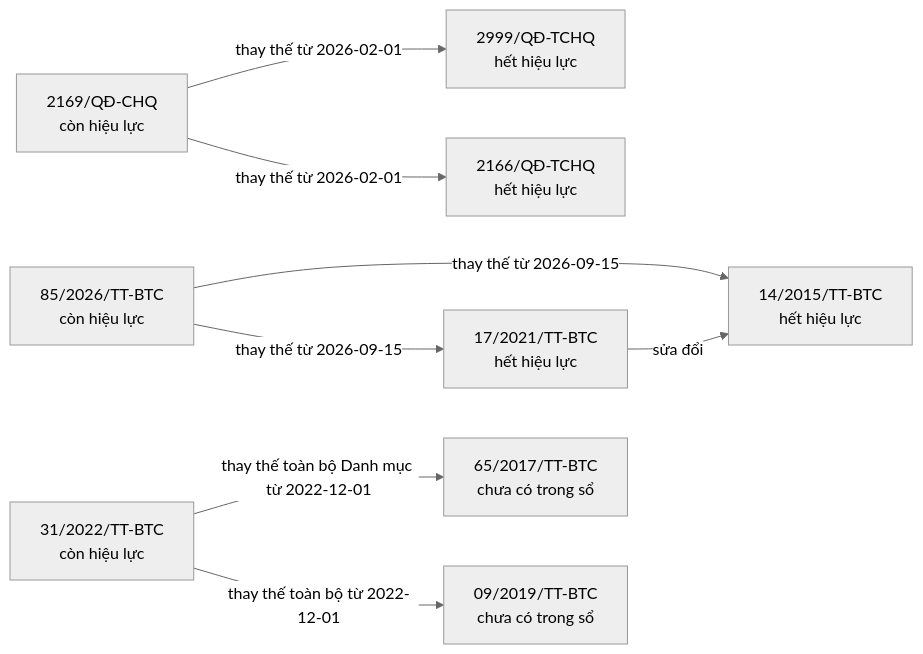
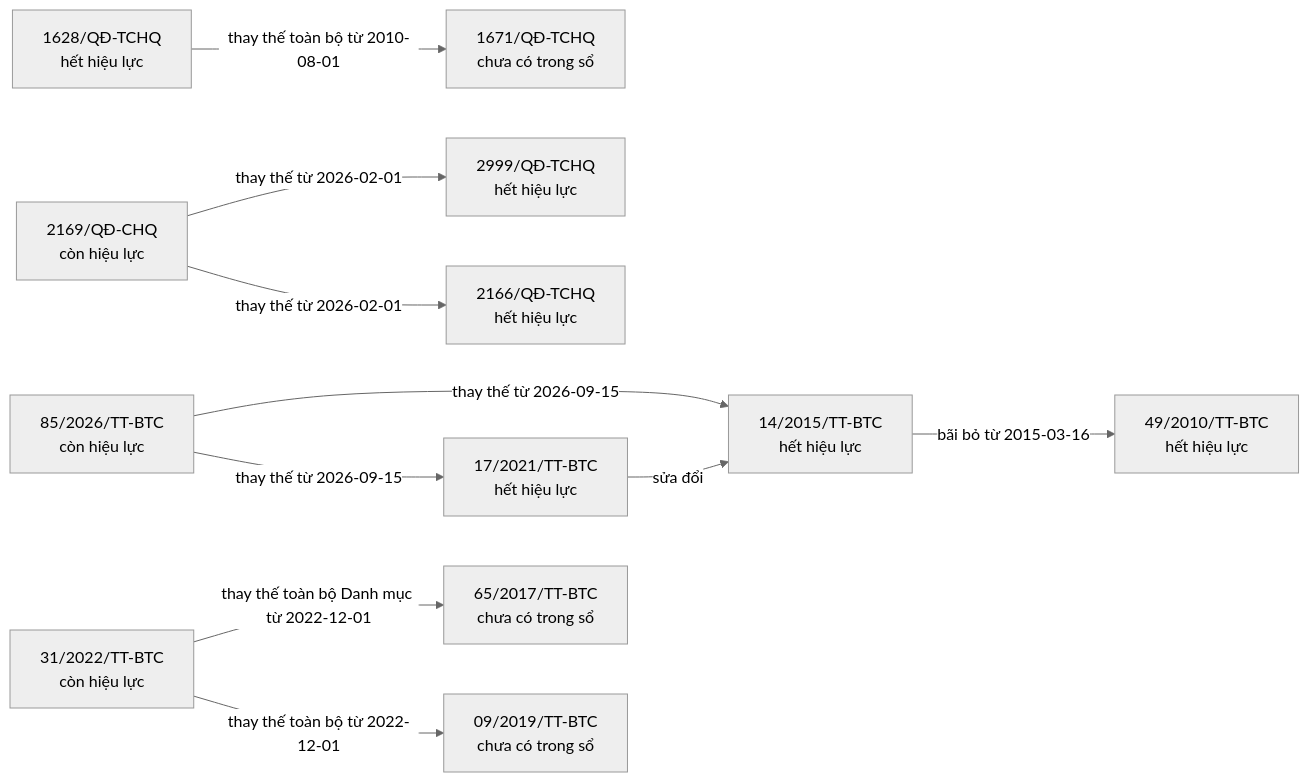
The fifth of 9 diagrams in bao-cao/quan-he.md (ozvietnam/oz-wiki-plhq), drawn with Mermaid (neutral theme) before and after one commit. The commit also changed other lines of this file and 45 other files, not shown here.

````diff
--- a/bao-cao/quan-he.md
+++ b/bao-cao/quan-he.md
@@ -281,19 +288,24 @@
 ```mermaid
 flowchart LR
+  n_14_2015_TT_BTC["14/2015/TT-BTC<br/>hết hiệu lực"]
+  n_49_2010_TT_BTC["49/2010/TT-BTC<br/>hết hiệu lực"]
+  n_1628_Q__TCHQ["1628/QĐ-TCHQ<br/>hết hiệu lực"]
+  n_1671_Q__TCHQ["1671/QĐ-TCHQ<br/>chưa có trong sổ"]
   n_17_2021_TT_BTC["17/2021/TT-BTC<br/>hết hiệu lực"]
-  n_14_2015_TT_BTC["14/2015/TT-BTC<br/>hết hiệu lực"]
   n_2169_Q__CHQ["2169/QĐ-CHQ<br/>còn hiệu lực"]
   n_2999_Q__TCHQ["2999/QĐ-TCHQ<br/>hết hiệu lực"]
   n_2166_Q__TCHQ["2166/QĐ-TCHQ<br/>hết hiệu lực"]
   n_31_2022_TT_BTC["31/2022/TT-BTC<br/>còn hiệu lực"]
   n_65_2017_TT_BTC["65/2017/TT-BTC<br/>chưa có trong sổ"]
   n_09_2019_TT_BTC["09/2019/TT-BTC<br/>chưa có trong sổ"]
   n_85_2026_TT_BTC["85/2026/TT-BTC<br/>còn hiệu lực"]
+  n_14_2015_TT_BTC -->|bãi bỏ từ 2015-03-16| n_49_2010_TT_BTC
+  n_1628_Q__TCHQ -->|thay thế toàn bộ từ 2010-08-01| n_1671_Q__TCHQ
   n_17_2021_TT_BTC -->|sửa đổi| n_14_2015_TT_BTC
   n_2169_Q__CHQ -->|thay thế từ 2026-02-01| n_2999_Q__TCHQ
   n_2169_Q__CHQ -->|thay thế từ 2026-02-01| n_2166_Q__TCHQ
   n_31_2022_TT_BTC -->|thay thế toàn bộ Danh mục từ 2022-12-01| n_65_2017_TT_BTC
   n_31_2022_TT_BTC -->|thay thế toàn bộ từ 2022-12-01| n_09_2019_TT_BTC
   n_85_2026_TT_BTC -->|thay thế từ 2026-09-15| n_14_2015_TT_BTC
   n_85_2026_TT_BTC -->|thay thế từ 2026-09-15| n_17_2021_TT_BTC
 ```
````
